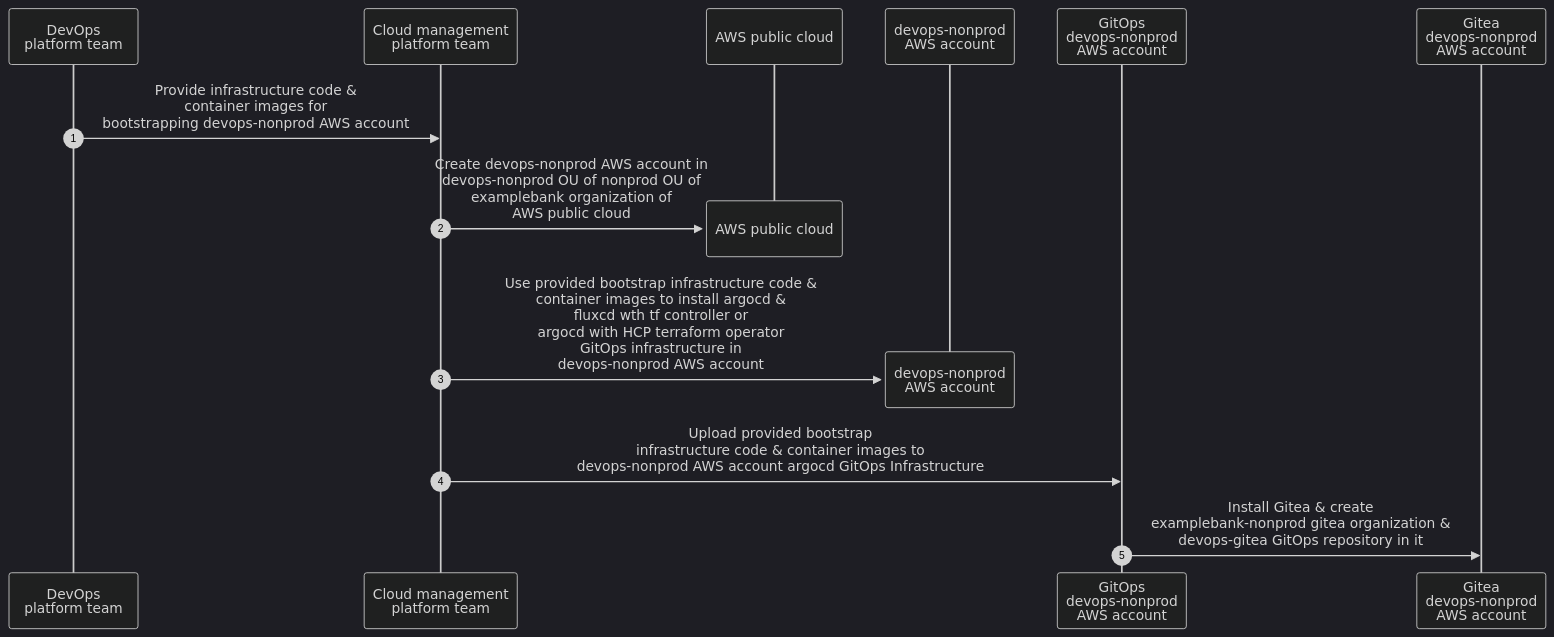
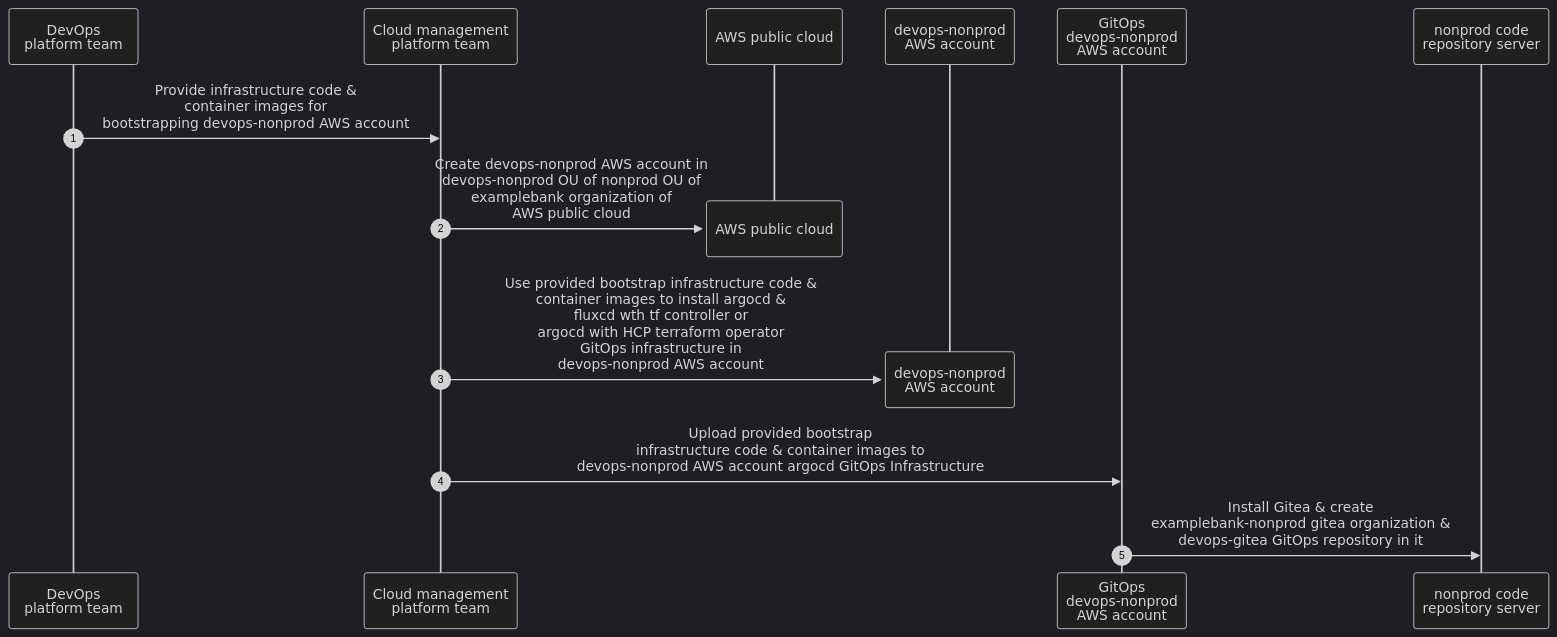
Before and after one commit to devopscodegen/architecture: the seventh of 9 diagrams in docs/pages/docs/design.md, drawn with Mermaid (dark theme). The commit also changed other lines of this file, not shown here.

````diff
--- a/docs/pages/docs/design.md
+++ b/docs/pages/docs/design.md
@@ -486,17 +486,17 @@
 ```mermaid
 sequenceDiagram
   autonumber
   participant devops_platform_team as DevOps<br>platform team
   participant cloud_management_platform_team as Cloud management<br>platform team
   participant aws_public_cloud as AWS public cloud
   participant devops_nonprod_aws_account as devops-nonprod<br>AWS account
   participant gitops_devops_nonprod_aws_account as GitOps<br>devops-nonprod <br>AWS account
-  participant gitea_devops_nonprod_aws_account as Gitea<br>devops-nonprod <br>AWS account
+  participant nonprod_code_repository_server as nonprod code <br>repository server
   devops_platform_team->>cloud_management_platform_team : Provide infrastructure code &<br> container images for <br>bootstrapping devops-nonprod AWS account
   destroy aws_public_cloud 
   cloud_management_platform_team->>aws_public_cloud : Create devops-nonprod AWS account in<br>devops-nonprod OU of nonprod OU of <br>examplebank organization of<br> AWS public cloud
   destroy devops_nonprod_aws_account
   cloud_management_platform_team->>devops_nonprod_aws_account : Use provided bootstrap infrastructure code &<br> container images to install argocd &<br> fluxcd wth tf controller or<br> argocd with HCP terraform operator<br>GitOps infrastructure in<br> devops-nonprod AWS account 
   cloud_management_platform_team->>gitops_devops_nonprod_aws_account : Upload provided bootstrap <br>infrastructure code & container images to<br> devops-nonprod AWS account argocd GitOps Infrastructure
-  gitops_devops_nonprod_aws_account->>gitea_devops_nonprod_aws_account : Install Gitea & create <br>examplebank-nonprod gitea organization &<br> devops-gitea GitOps repository in it
+  gitops_devops_nonprod_aws_account->>nonprod_code_repository_server : Install Gitea & create <br>examplebank-nonprod gitea organization &<br> devops-gitea GitOps repository in it
 ```
````
